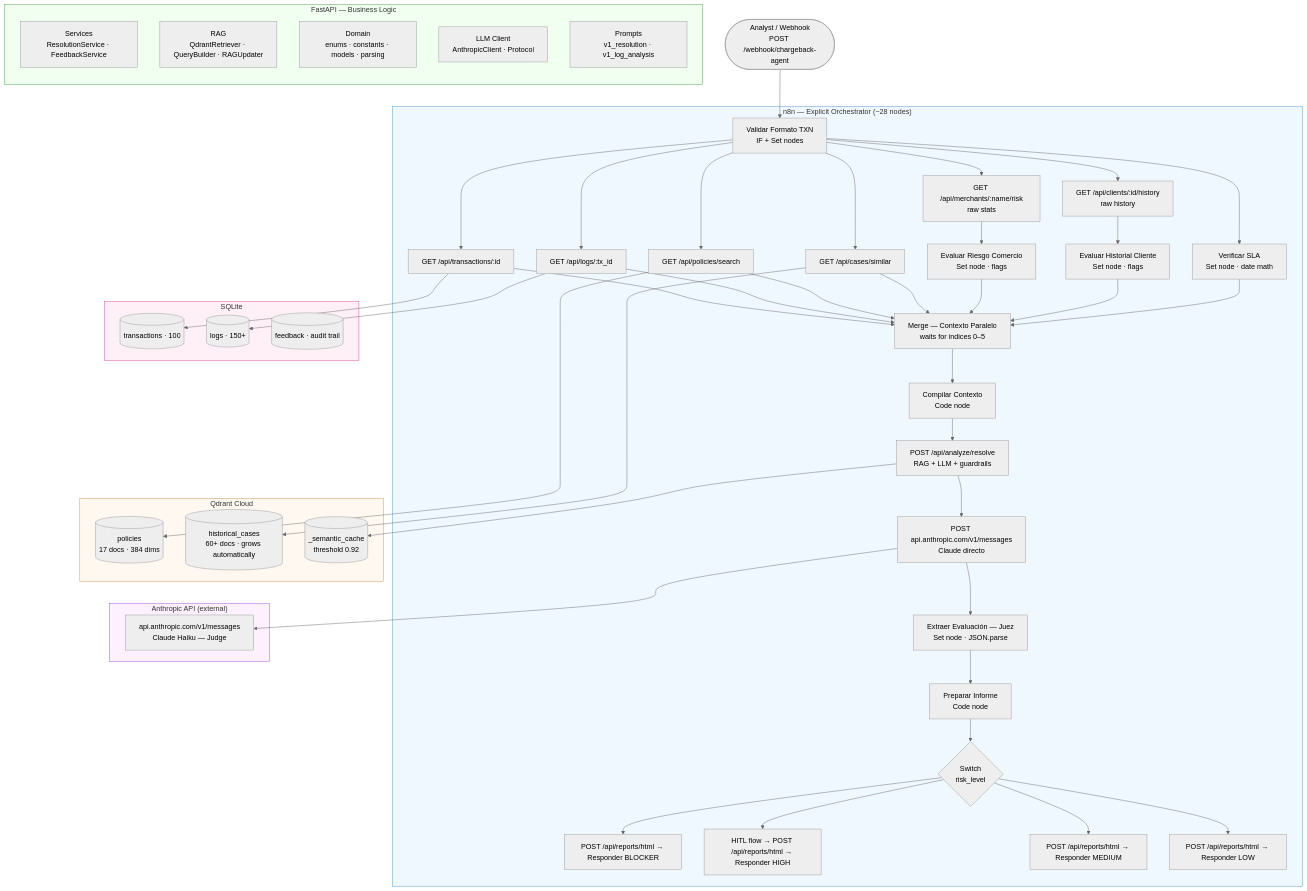
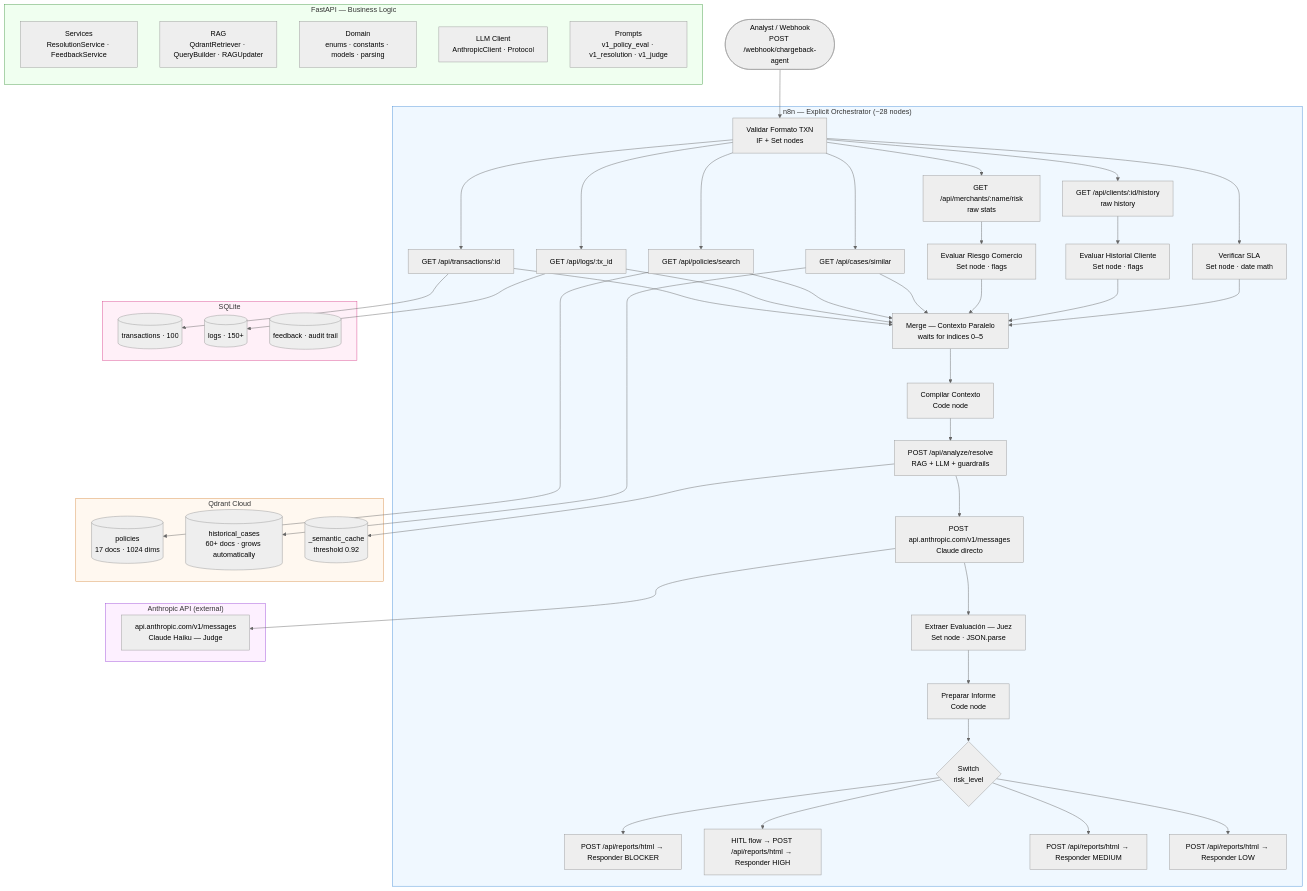
One commit to federicomoroz/ciri-api-aux-sourcecode changed the diagram in docs/architecture.md. Above: the diagram before and after it, drawn with Mermaid (neutral theme). The commit also changed other lines of this file and 46 other files, not shown here.

````diff
--- a/docs/architecture.md
+++ b/docs/architecture.md
@@ -100,75 +100,75 @@
 ```mermaid
 flowchart TD
     WEBHOOK([Analyst / Webhook\nPOST /webhook/chargeback-agent]) --> VALIDATE
 
     subgraph N8N ["n8n — Explicit Orchestrator (~28 nodes)"]
         VALIDATE[Validar Formato TXN\nIF + Set nodes]
         GET_TX[GET /api/transactions/:id]
         GET_LOGS[GET /api/logs/:tx_id]
         SEARCH_POL[GET /api/policies/search]
         SEARCH_CASES[GET /api/cases/similar]
         MERCHANT[GET /api/merchants/:name/risk\nraw stats]
         EVAL_M[Evaluar Riesgo Comercio\nSet node · flags]
         CLIENT[GET /api/clients/:id/history\nraw history]
         EVAL_C[Evaluar Historial Cliente\nSet node · flags]
         SLA[Verificar SLA\nSet node · date math]
         MERGE[Merge — Contexto Paralelo\nwaits for indices 0–5]
         COMPILE[Compilar Contexto\nCode node]
         RESOLVE[POST /api/analyze/resolve\nRAG + LLM + guardrails]
         JUDGE[POST api.anthropic.com/v1/messages\nClaude directo]
         EXTRACT[Extraer Evaluación — Juez\nSet node · JSON.parse]
         PREPARE[Preparar Informe\nCode node]
         SWITCH{Switch\nrisk_level}
         REPORT_B[POST /api/reports/html → Responder BLOCKER]
         REPORT_H[HITL flow → POST /api/reports/html → Responder HIGH]
         REPORT_M[POST /api/reports/html → Responder MEDIUM]
         REPORT_L[POST /api/reports/html → Responder LOW]
     end
 
     subgraph FASTAPI ["FastAPI — Business Logic"]
         direction TB
         SERVICES[Services\nResolutionService · FeedbackService]
         RAG_LAYER[RAG\nQdrantRetriever · QueryBuilder · RAGUpdater]
         DOMAIN[Domain\nenums · constants · models · parsing]
         LLM_CLIENT[LLM Client\nAnthropicClient · Protocol]
-        PROMPTS[Prompts\nv1_resolution · v1_log_analysis]
+        PROMPTS[Prompts\nv1_policy_eval · v1_resolution · v1_judge]
     end
 
     subgraph VECTOR ["Qdrant Cloud"]
-        Q_POL[(policies\n17 docs · 384 dims)]
+        Q_POL[(policies\n17 docs · 1024 dims)]
         Q_CASES[(historical_cases\n60+ docs · grows automatically)]
         Q_CACHE[(_semantic_cache\nthreshold 0.92)]
     end
 
     subgraph DB ["SQLite"]
         DB_TX[(transactions · 100)]
         DB_LOGS[(logs · 150+)]
         DB_FEEDBACK[(feedback · audit trail)]
     end
 
     subgraph ANTHROPIC ["Anthropic API (external)"]
         ANT[api.anthropic.com/v1/messages\nClaude Haiku — Judge]
     end
 
     VALIDATE --> GET_TX & GET_LOGS & SEARCH_POL & SEARCH_CASES & MERCHANT & CLIENT & SLA
     MERCHANT --> EVAL_M
     CLIENT --> EVAL_C
     GET_TX & GET_LOGS & SEARCH_POL & SEARCH_CASES & EVAL_M & EVAL_C & SLA --> MERGE
     MERGE --> COMPILE --> RESOLVE --> JUDGE --> EXTRACT --> PREPARE --> SWITCH
     SWITCH --> REPORT_B & REPORT_H & REPORT_M & REPORT_L
 
     SEARCH_POL --> Q_POL
     SEARCH_CASES --> Q_CASES
     RESOLVE --> Q_CACHE
 
     GET_TX --> DB_TX
     GET_LOGS --> DB_LOGS
 
     JUDGE --> ANT
 
     style N8N fill:#f0f8ff,stroke:#4a90d9
     style FASTAPI fill:#f0fff0,stroke:#4a9d4a
     style VECTOR fill:#fff8f0,stroke:#d9904a
     style DB fill:#fff0f8,stroke:#d94a90
     style ANTHROPIC fill:#fdf0ff,stroke:#9d4ad9
 ```
````
